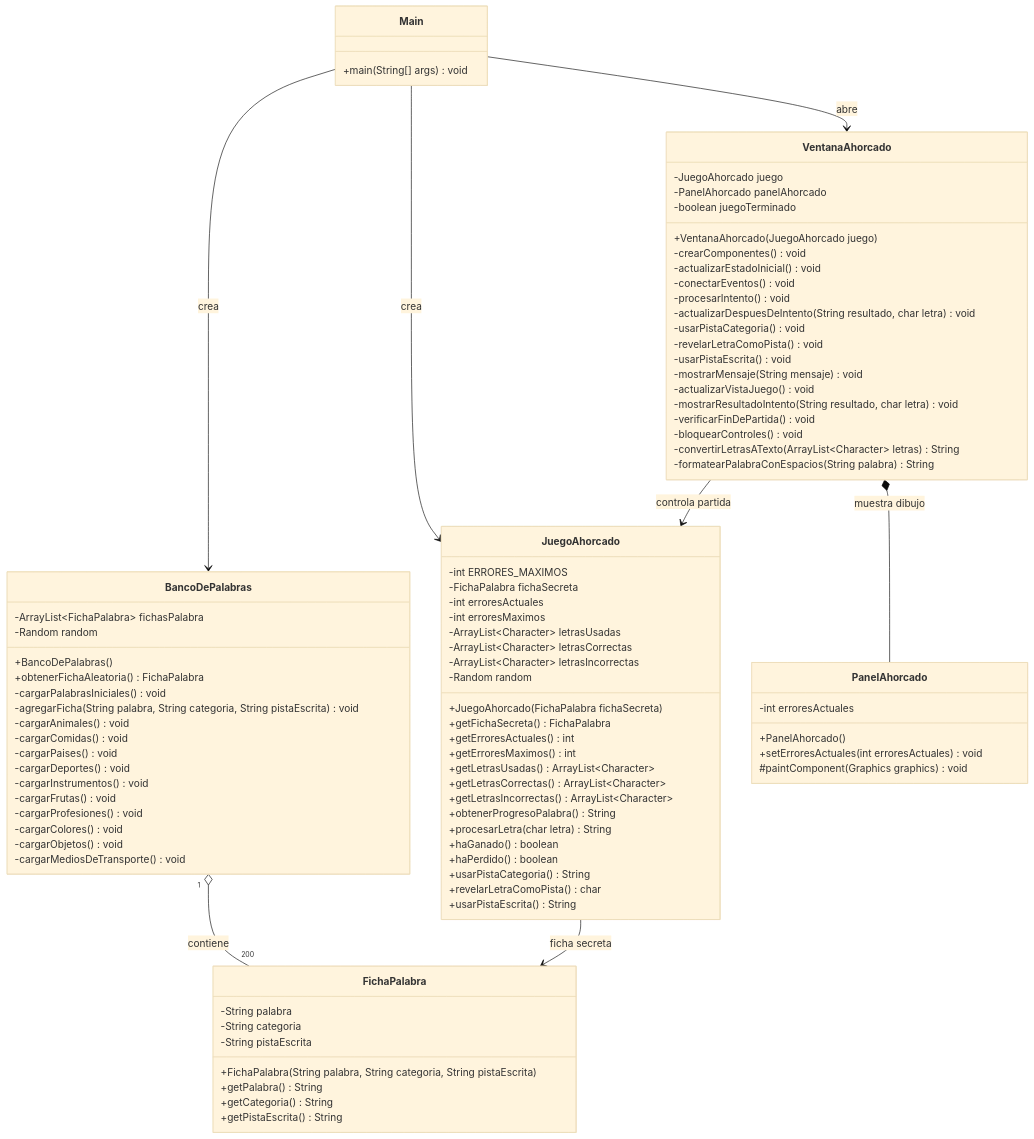
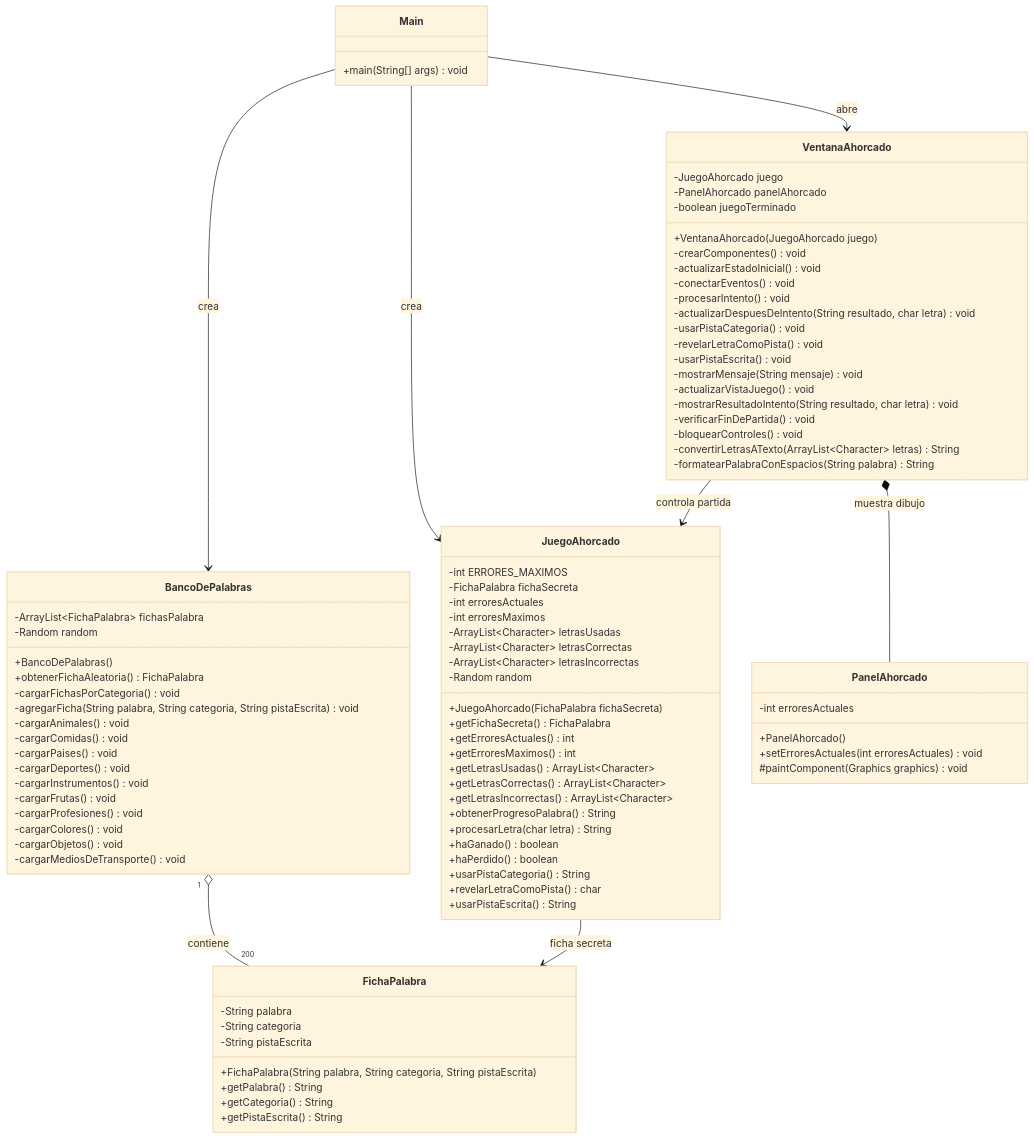
One commit to Edwd3v/AhorcadoJavaSwing changed the diagram in docs/DiagramaClasesRaw.mmd. Above: the diagram before and after it, drawn with Mermaid (base theme). The commit also changed 2 other files, not shown here.

Commit message:
Actualizar nombre de carga de fichas

```diff
--- a/docs/DiagramaClasesRaw.mmd
+++ b/docs/DiagramaClasesRaw.mmd
@@ -1,95 +1,95 @@
 classDiagram
     class Main {
         +main(String[] args) void
     }
 
     class FichaPalabra {
         -String palabra
         -String categoria
         -String pistaEscrita
         +FichaPalabra(String palabra, String categoria, String pistaEscrita)
         +getPalabra() String
         +getCategoria() String
         +getPistaEscrita() String
     }
 
     class BancoDePalabras {
         -ArrayList~FichaPalabra~ fichasPalabra
         -Random random
         +BancoDePalabras()
         +obtenerFichaAleatoria() FichaPalabra
-        -cargarPalabrasIniciales() void
+        -cargarFichasPorCategoria() void
         -agregarFicha(String palabra, String categoria, String pistaEscrita) void
         -cargarAnimales() void
         -cargarComidas() void
         -cargarPaises() void
         -cargarDeportes() void
         -cargarInstrumentos() void
         -cargarFrutas() void
         -cargarProfesiones() void
         -cargarColores() void
         -cargarObjetos() void
         -cargarMediosDeTransporte() void
     }
 
     class JuegoAhorcado {
         -int ERRORES_MAXIMOS
         -FichaPalabra fichaSecreta
         -int erroresActuales
         -int erroresMaximos
         -ArrayList~Character~ letrasUsadas
         -ArrayList~Character~ letrasCorrectas
         -ArrayList~Character~ letrasIncorrectas
         -Random random
         +JuegoAhorcado(FichaPalabra fichaSecreta)
         +getFichaSecreta() FichaPalabra
         +getErroresActuales() int
         +getErroresMaximos() int
         +getLetrasUsadas() ArrayList~Character~
         +getLetrasCorrectas() ArrayList~Character~
         +getLetrasIncorrectas() ArrayList~Character~
         +obtenerProgresoPalabra() String
         +procesarLetra(char letra) String
         +haGanado() boolean
         +haPerdido() boolean
         +usarPistaCategoria() String
         +revelarLetraComoPista() char
         +usarPistaEscrita() String
     }
 
     class VentanaAhorcado {
         -JuegoAhorcado juego
         -PanelAhorcado panelAhorcado
         -boolean juegoTerminado
         +VentanaAhorcado(JuegoAhorcado juego)
         -crearComponentes() void
         -actualizarEstadoInicial() void
         -conectarEventos() void
         -procesarIntento() void
         -actualizarDespuesDeIntento(String resultado, char letra) void
         -usarPistaCategoria() void
         -revelarLetraComoPista() void
         -usarPistaEscrita() void
         -mostrarMensaje(String mensaje) void
         -actualizarVistaJuego() void
         -mostrarResultadoIntento(String resultado, char letra) void
         -verificarFinDePartida() void
         -bloquearControles() void
         -convertirLetrasATexto(ArrayList~Character~ letras) String
         -formatearPalabraConEspacios(String palabra) String
     }
 
     class PanelAhorcado {
         -int erroresActuales
         +PanelAhorcado()
         +setErroresActuales(int erroresActuales) void
         #paintComponent(Graphics graphics) void
     }
 
     Main --> BancoDePalabras : crea
     Main --> JuegoAhorcado : crea
     Main --> VentanaAhorcado : abre
     BancoDePalabras "1" o-- "200" FichaPalabra : contiene
     JuegoAhorcado --> FichaPalabra : ficha secreta
     VentanaAhorcado --> JuegoAhorcado : controla partida
     VentanaAhorcado *-- PanelAhorcado : muestra dibujo
```
